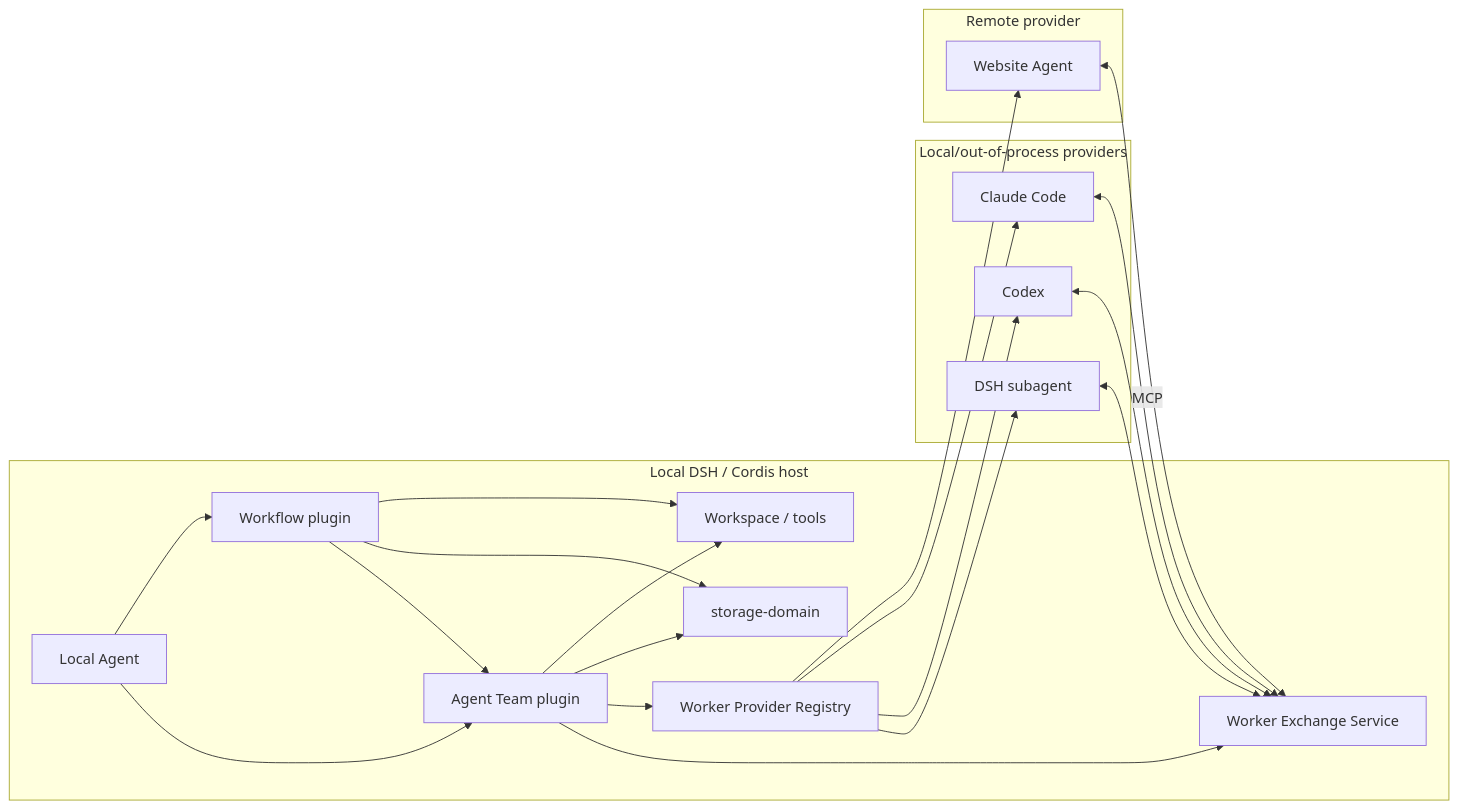
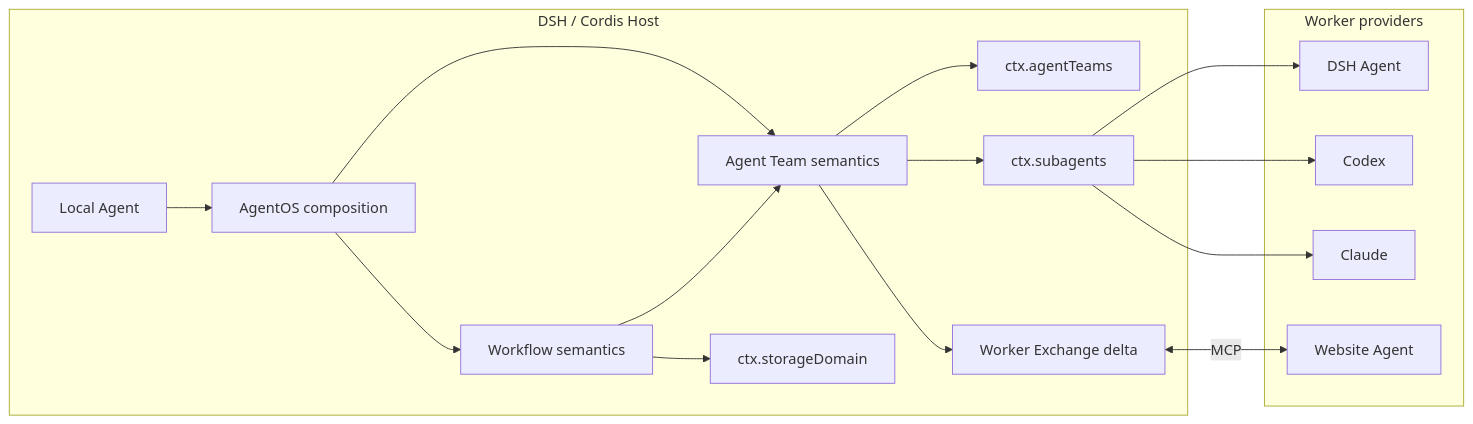
One commit to tsuuanmi/AgentOS changed the fifth of 6 diagrams in docs/architecture/README.md. Above: the diagram before and after it, drawn with Mermaid. The commit also changed other lines of this file, not shown here.

Commit message:
docs: define AgentOS plugin-of-plugins architecture

```diff
--- a/docs/architecture/README.md
+++ b/docs/architecture/README.md
@@ -262,44 +337,35 @@
 ~~~mermaid
 flowchart LR
-    subgraph Host["Local DSH / Cordis host"]
-        LA[Local Agent]
-        AT[Agent Team plugin]
-        WF[Workflow plugin]
-        EX[Worker Exchange Service]
-        SP[Worker Provider Registry]
-        STORE[storage-domain]
-        ENV[Workspace / tools]
+    subgraph Host["DSH / Cordis Host"]
+        Local[Local Agent]
+        AO[AgentOS composition]
+        Team[Agent Team semantics]
+        WF[Workflow semantics]
+        DSHAT[ctx.agentTeams]
+        Sub[ctx.subagents]
+        Store[ctx.storageDomain]
+        Exchange[Worker Exchange delta]
     end
 
-    subgraph LocalWorkers["Local/out-of-process providers"]
-        DW[DSH subagent]
+    subgraph Providers["Worker providers"]
+        DA[DSH Agent]
         CX[Codex]
-        CL[Claude Code]
-    end
-
-    subgraph Remote["Remote provider"]
+        CL[Claude]
         WA[Website Agent]
     end
 
-    LA --> AT
-    LA --> WF
-    WF --> AT
+    Local --> AO
+    AO --> Team
+    AO --> WF
+    WF --> Team
 
-    AT --> EX
-    AT --> SP
-    AT --> STORE
-    WF --> STORE
+    Team --> DSHAT
+    Team --> Sub
+    Team --> Exchange
+    WF --> Store
 
-    SP --> DW
-    SP --> CX
-    SP --> CL
-    SP --> WA
-
-    DW <--> EX
-    CX <--> EX
-    CL <--> EX
-    WA <-->|MCP| EX
-
-    AT --> ENV
-    WF --> ENV
+    Sub --> DA
+    Sub --> CX
+    Sub --> CL
+    Exchange <-->|MCP| WA
 ~~~
```
